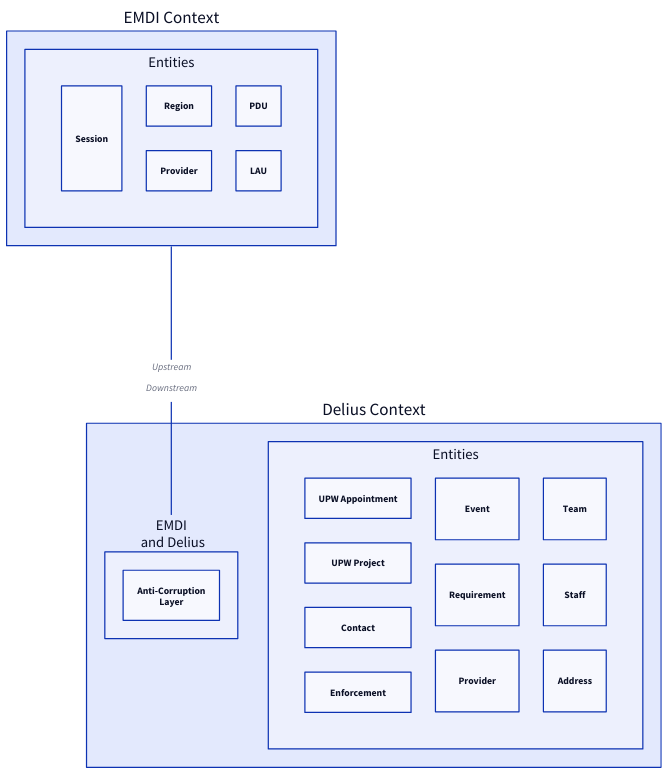
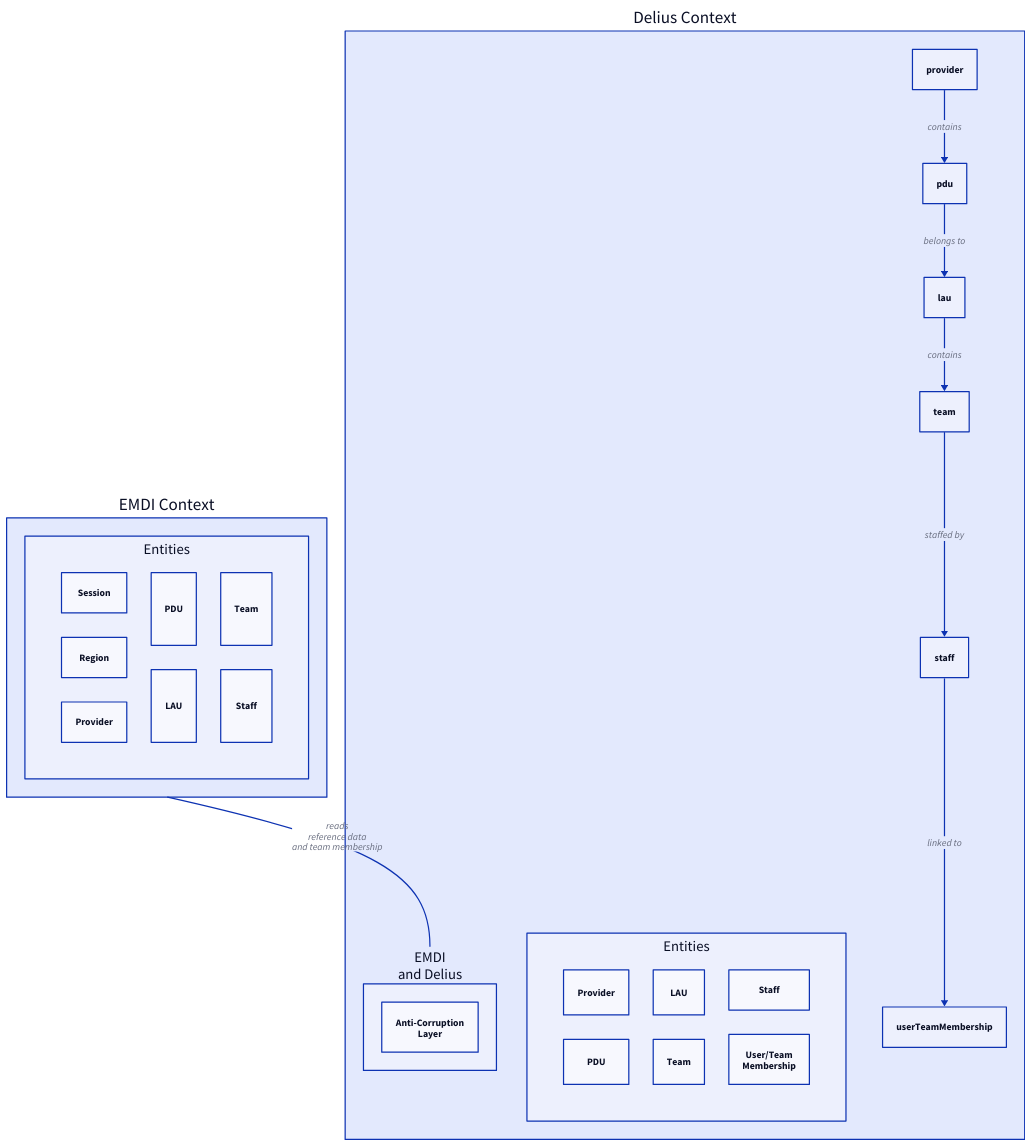
One commit to ministryofjustice/hmpps-probation-integration-services changed the diagram in doc/diagrams/emdi-and-delius-context-map.d2. Above: the diagram before and after it, drawn with D2. The commit also changed 1 other file, not shown here.

```diff
--- a/doc/diagrams/emdi-and-delius-context-map.d2
+++ b/doc/diagrams/emdi-and-delius-context-map.d2
@@ -1,32 +1,36 @@
 context-cp: EMDI Context {
   entities: Entities {
     grid-columns: 3
     session: Session
     region: Region
     provider: Provider
     pdu: PDU
     lau: LAU
+    team: Team
+    staff: Staff
   }
 }
 
 context-delius: Delius Context {
-  interface: EMDI\n and Delius {
+  interface: EMDI\nand Delius {
     type: Anti-Corruption\nLayer
   }
 
   entities: Entities {
     grid-columns: 3
-    upw-appointment: UPW Appointment
-    upw-project: UPW Project
-    contact: Contact
-    enforcement: Enforcement
-    event: Event
-    requirement: Requirement
     provider: Provider
+    pdu: PDU
+    lau: LAU
     team: Team
     staff: Staff
-    address: Address
+    userTeamMembership: User/Team\nMembership
   }
+
+  provider -> pdu: contains
+  pdu -> lau: belongs to
+  lau -> team: contains
+  team -> staff: staffed by
+  staff -> userTeamMembership: linked to
 }
 
-context-cp -- context-delius.interface: Upstream\n\n\nDownstream
+context-cp -- context-delius.interface: reads\nreference data\nand team membership
```
